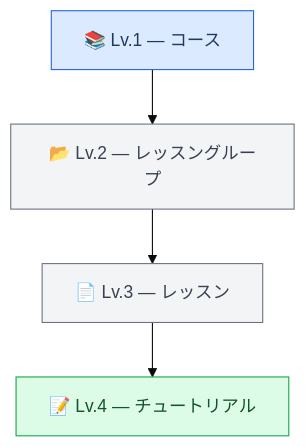
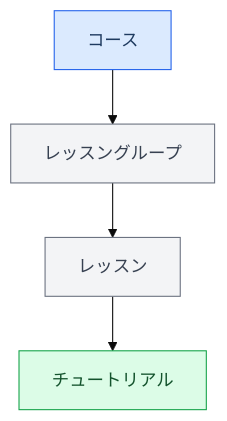
The second of 4 diagrams in articles/custom-learning-roadmap.md (Yucco-K/tech-blog-1), drawn with Mermaid (base theme) before and after one commit. The commit also changed other lines of this file, not shown here.

First line of the commit message:
feat: ロードマップ記事のtext図をMermaidに置き換え

````diff
--- a/articles/custom-learning-roadmap.md
+++ b/articles/custom-learning-roadmap.md
@@ -97,13 +97,13 @@
 ```mermaid
 flowchart TD
-  A["📚 Lv.1 — コース"] --> B["📂 Lv.2 — レッスングループ"]
-  B --> C["📄 Lv.3 — レッスン"]
-  C --> D["📝 Lv.4 — チュートリアル"]
+  A[コース] --> B[レッスングループ]
+  B --> C[レッスン]
+  C --> D[チュートリアル]
 
   classDef blue fill:#dbeafe,stroke:#2563eb,color:#1e3a5f
+  classDef green fill:#dcfce7,stroke:#16a34a,color:#14532d
   classDef gray fill:#f3f4f6,stroke:#6b7280,color:#374151
-  classDef green fill:#dcfce7,stroke:#16a34a,color:#14532d
   class A blue
   class B,C gray
   class D green
 ```
````
